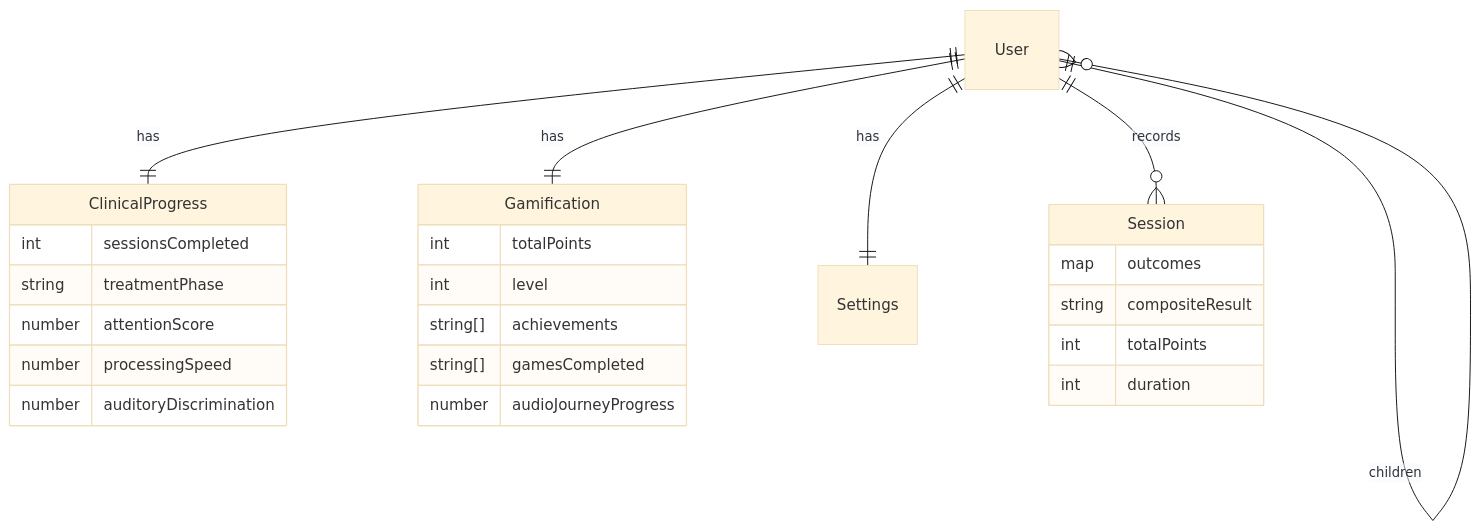
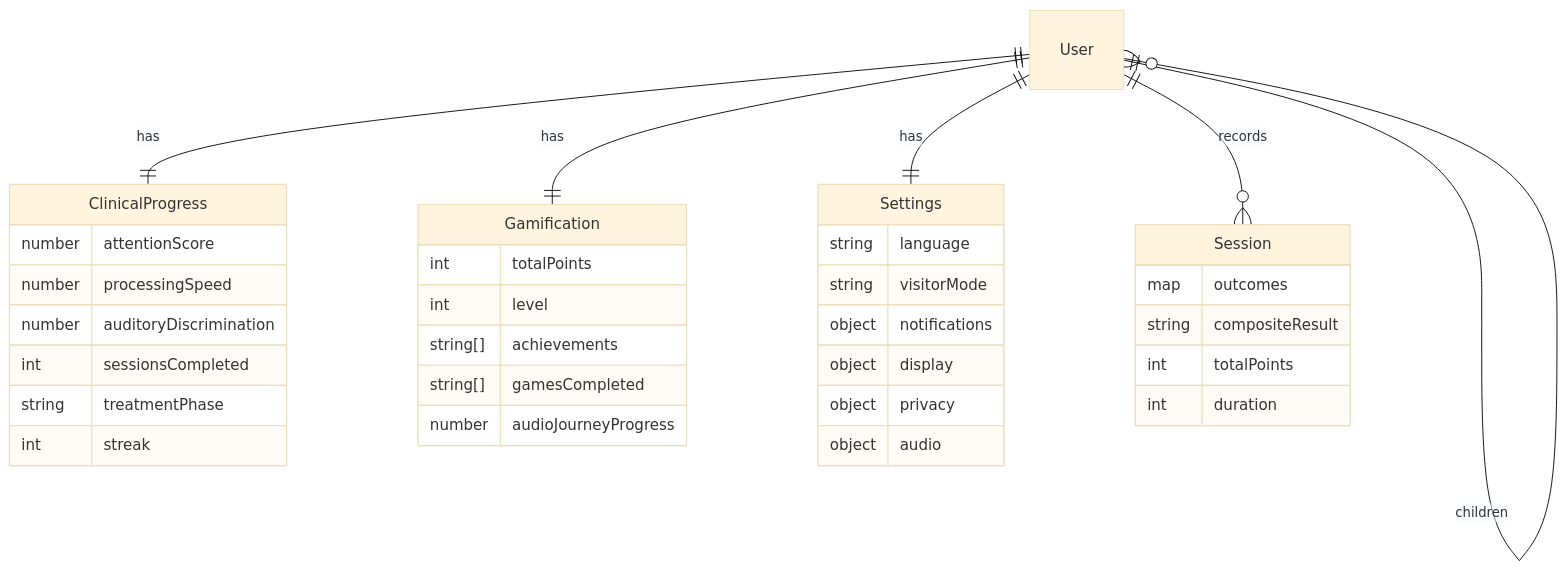
Before and after one commit to zarzar94/lotusfinalversion: the first of 2 diagrams in docs/IMPLEMENTATION_PLAN.md, drawn with Mermaid (base theme). The commit also changed other lines of this file and 4 other files, not shown here.

````diff
--- a/docs/IMPLEMENTATION_PLAN.md
+++ b/docs/IMPLEMENTATION_PLAN.md
@@ -105,28 +75,12 @@
 ```mermaid
 erDiagram
   User ||--|| ClinicalProgress : has
   User ||--|| Gamification : has
   User ||--|| Settings : has
   User ||--o{ Session : records
   User ||--o{ User : children
-  ClinicalProgress {
-    int sessionsCompleted
-    string treatmentPhase
-    number attentionScore
-    number processingSpeed
-    number auditoryDiscrimination
-  }
-  Gamification {
-    int totalPoints
-    int level
-    string[] achievements
-    string[] gamesCompleted
-    number audioJourneyProgress
-  }
-  Session {
-    map outcomes
-    string compositeResult
-    int totalPoints
-    int duration
-  }
+  ClinicalProgress { number attentionScore number processingSpeed number auditoryDiscrimination int sessionsCompleted string treatmentPhase int streak }
+  Gamification { int totalPoints int level string[] achievements string[] gamesCompleted number audioJourneyProgress }
+  Session { map outcomes string compositeResult int totalPoints int duration }
+  Settings { string language string visitorMode object notifications object display object privacy object audio }
 ```
````
